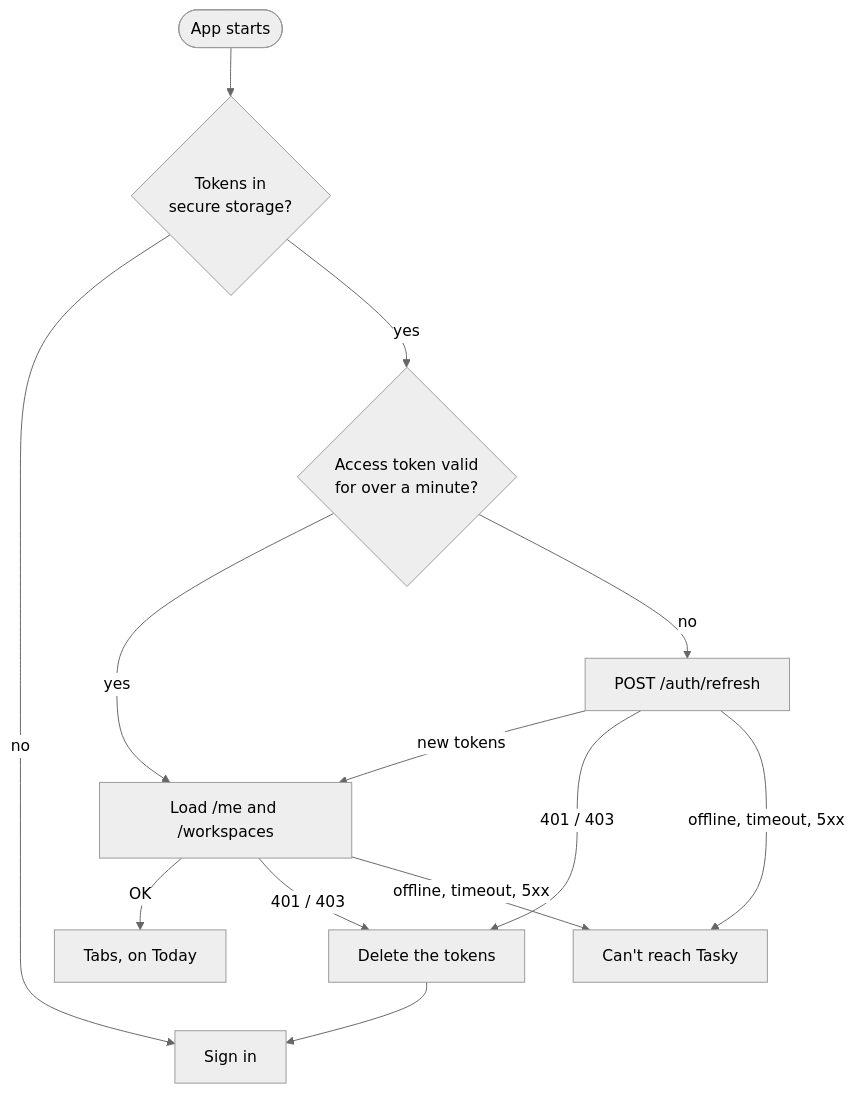
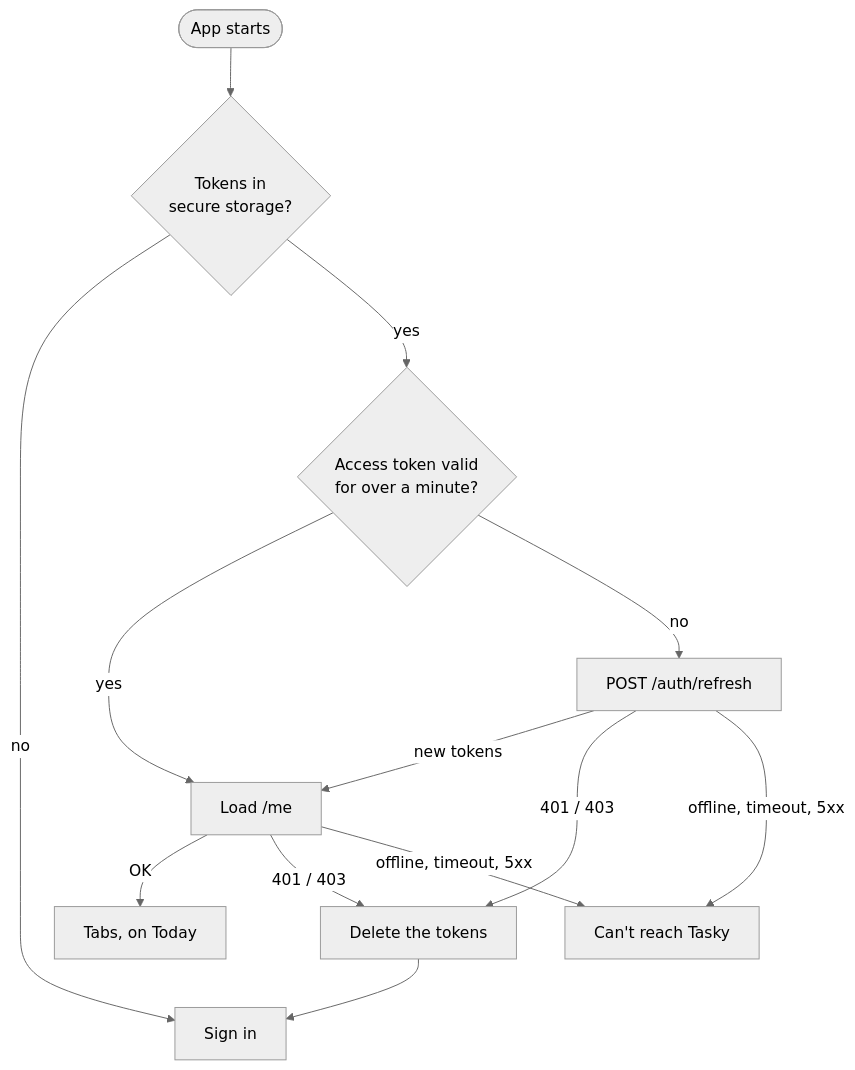
Before and after one commit to opolancoh/tasky-mobile: the diagram in docs/auth/launch.md, drawn with Mermaid (neutral theme). The commit also changed other lines of this file and 34 other files, not shown here.

````diff
--- a/docs/auth/launch.md
+++ b/docs/auth/launch.md
@@ -18,14 +18,14 @@
 ```mermaid
 flowchart TD
     A([App starts]) --> B{Tokens in<br/>secure storage?}
     B -- no --> SO[Sign in]
     B -- yes --> C{Access token valid<br/>for over a minute?}
-    C -- yes --> D[Load /me and /workspaces]
+    C -- yes --> D[Load /me]
     C -- no --> R[POST /auth/refresh]
     R -- new tokens --> D
     R -- 401 / 403 --> X[Delete the tokens] --> SO
     R -- offline, timeout, 5xx --> U[Can't reach Tasky]
     D -- OK --> T[Tabs, on Today]
     D -- 401 / 403 --> X
     D -- offline, timeout, 5xx --> U
 ```
````
